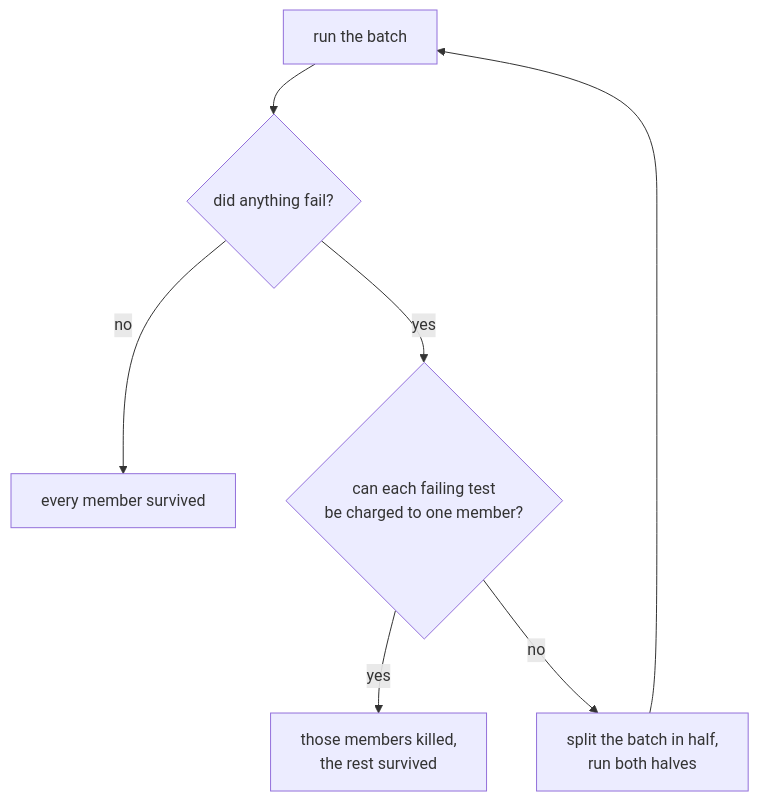
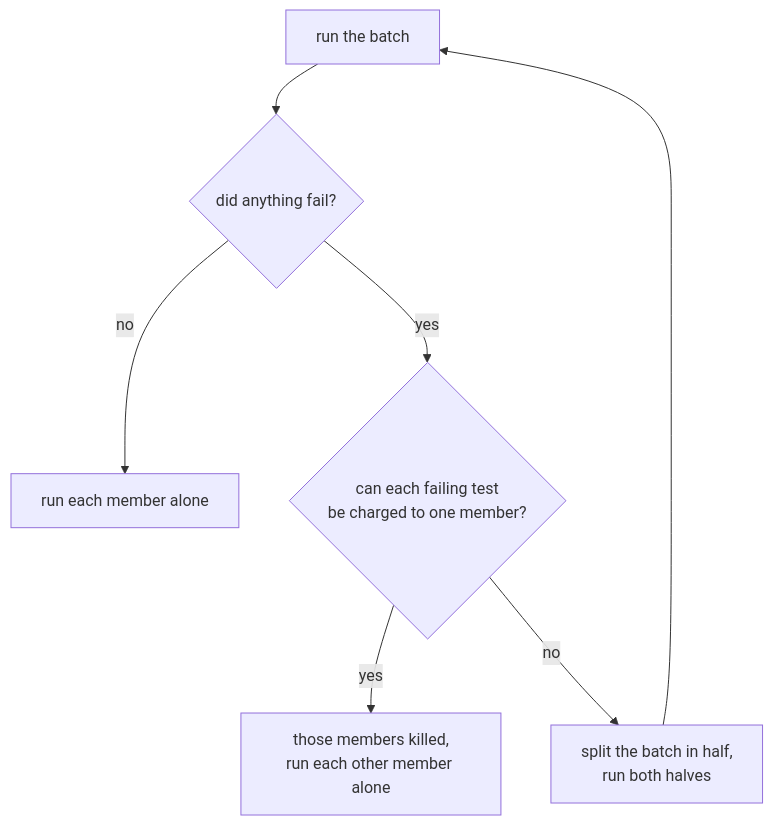
The diagram in docs/01-batch-mutating.md (kvandeh/Angelo), drawn with Mermaid before and after one commit. The commit also changed other lines of this file and 4 other files, not shown here.

````diff
--- a/docs/01-batch-mutating.md
+++ b/docs/01-batch-mutating.md
@@ -59,9 +59,9 @@
 ```mermaid
 flowchart TD
     A[run the batch] --> B{did anything fail?}
-    B -->|no| C[every member survived]
+    B -->|no| C[run each member alone]
     B -->|yes| D{can each failing test<br/>be charged to one member?}
-    D -->|yes| E[those members killed,<br/>the rest survived]
+    D -->|yes| E[those members killed,<br/>run each other member alone]
     D -->|no| F[split the batch in half,<br/>run both halves]
     F --> A
 ```
````
